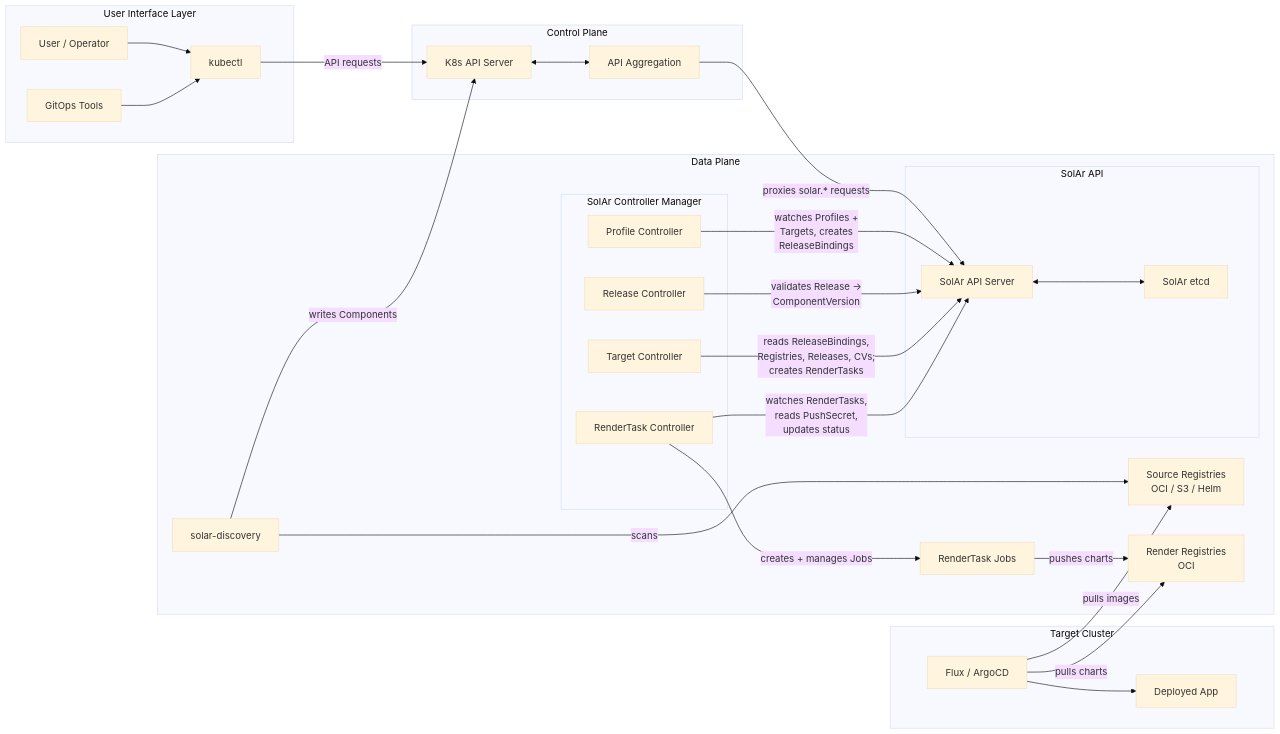
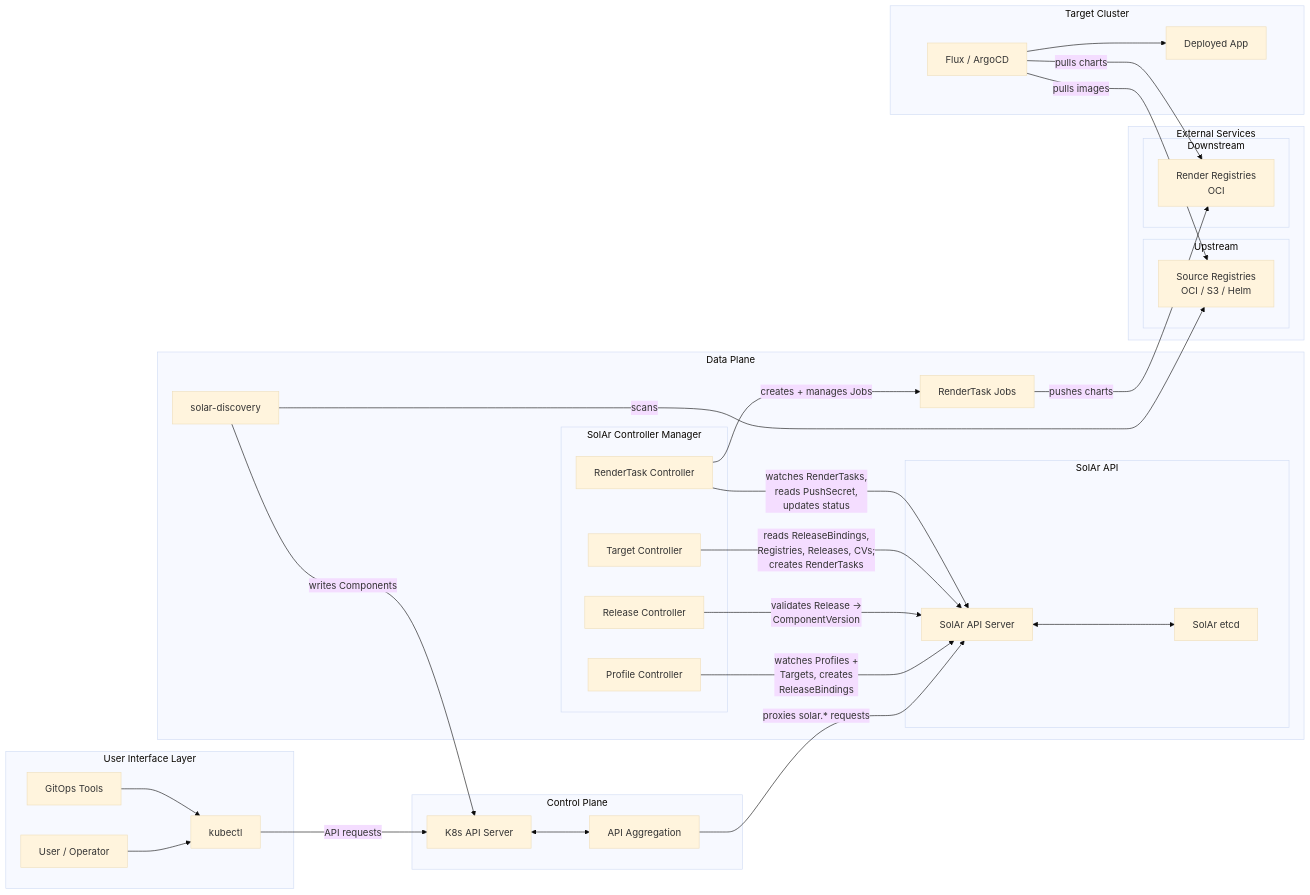
One commit to opendefensecloud/solution-arsenal changed the first of 2 diagrams in docs/developer-guide/architecture.md. Above: the diagram before and after it, drawn with Mermaid (base theme).

Commit message:
fix: diagram, registries

````diff
--- a/docs/developer-guide/architecture.md
+++ b/docs/developer-guide/architecture.md
@@ -5,56 +5,63 @@
 ```mermaid
 graph LR
     subgraph UI["User Interface Layer"]
         User["User / Operator"]
         Kubectl["kubectl"]
         GitOps["GitOps Tools"]
         User --> Kubectl
         GitOps --> Kubectl
     end
 
     subgraph CP["Control Plane"]
         K8sAPI["K8s API Server"]
         APIAgg["API Aggregation"]
         K8sAPI <--> APIAgg
     end
 
     subgraph DP["Data Plane"]
         subgraph SolArAPI["SolAr API"]
             SOLARAPI["SolAr API Server"]
             SOLARETCD["SolAr etcd"]
             SOLARAPI <--> SOLARETCD
         end
         subgraph Controllers["SolAr Controller Manager"]
             TargetCtrl["Target Controller"]
             ReleaseCtrl["Release Controller"]
             ProfileCtrl["Profile Controller"]
             RenderTaskCtrl["RenderTask Controller"]
         end
         Discovery["solar-discovery"]
         RenderJob["RenderTask Jobs"]
-        SrcReg["Source Registries<br/>OCI / S3 / Helm"]
-        DstReg["Render Registries<br/>OCI"]
+    end
+
+    subgraph ES["External Services"]
+        subgraph US["Upstream"]
+            SrcReg["Source Registries<br/>OCI / S3 / Helm"]
+        end
+        subgraph DS["Downstream"]
+            DstReg["Render Registries<br/>OCI"]
+        end
     end
 
     subgraph TC["Target Cluster"]
         Flux["Flux / ArgoCD"]
         App["Deployed App"]
         Flux --> App
     end
 
     Kubectl -->|"API requests"| K8sAPI
     APIAgg -->|"proxies solar.* requests"| SOLARAPI
 
     ProfileCtrl -->|"watches Profiles +<br/>Targets, creates<br/>ReleaseBindings"| SOLARAPI
     ReleaseCtrl -->|"validates Release →<br/>ComponentVersion"| SOLARAPI
     TargetCtrl -->|"reads ReleaseBindings,<br/>Registries, Releases, CVs;<br/>creates RenderTasks"| SOLARAPI
     RenderTaskCtrl -->|"watches RenderTasks,<br/>reads PushSecret,<br/>updates status"| SOLARAPI
     RenderTaskCtrl -->|"creates + manages Jobs"| RenderJob
 
     Discovery -->|"scans"| SrcReg
     Discovery -->|"writes Components"| K8sAPI
     RenderJob -->|"pushes charts"| DstReg
 
     Flux -->|"pulls charts"| DstReg
     Flux -->|"pulls images"| SrcReg
 ```
````
